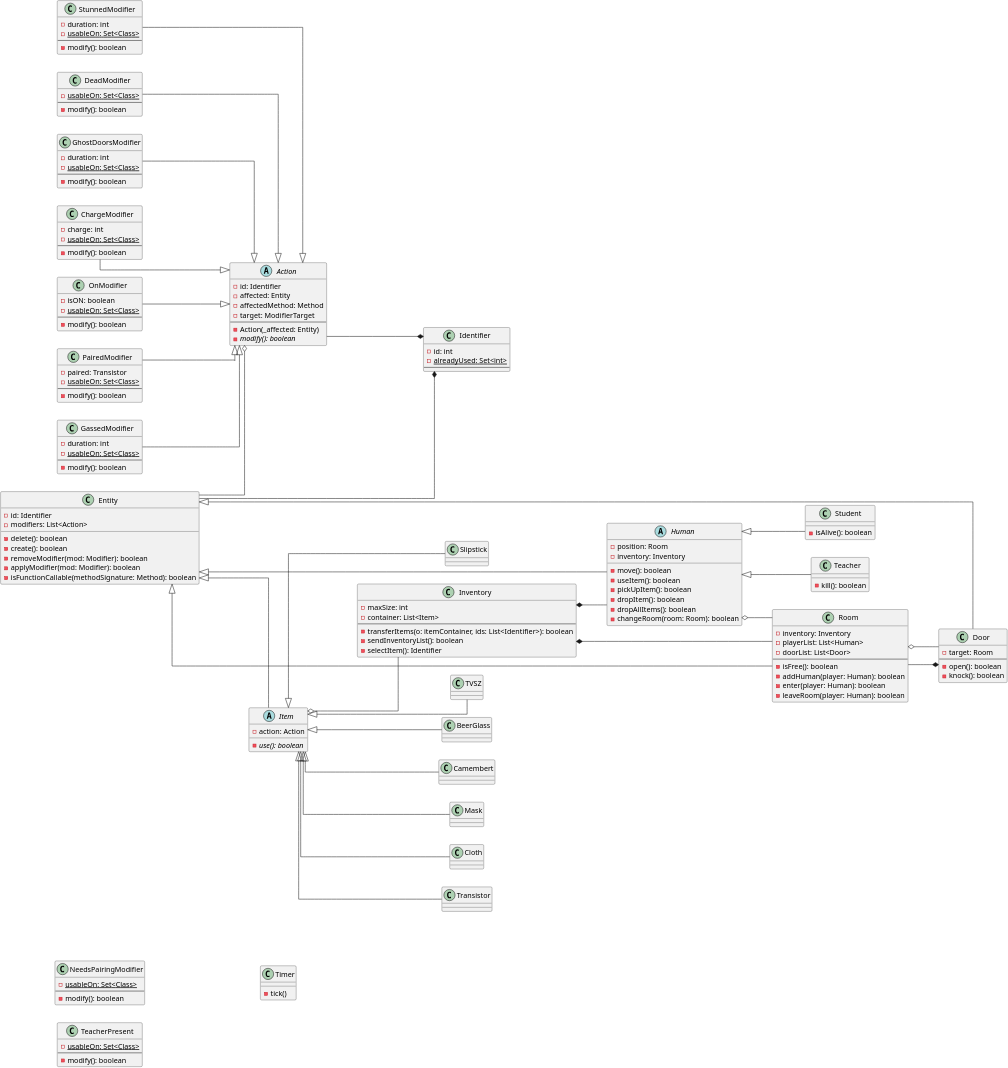
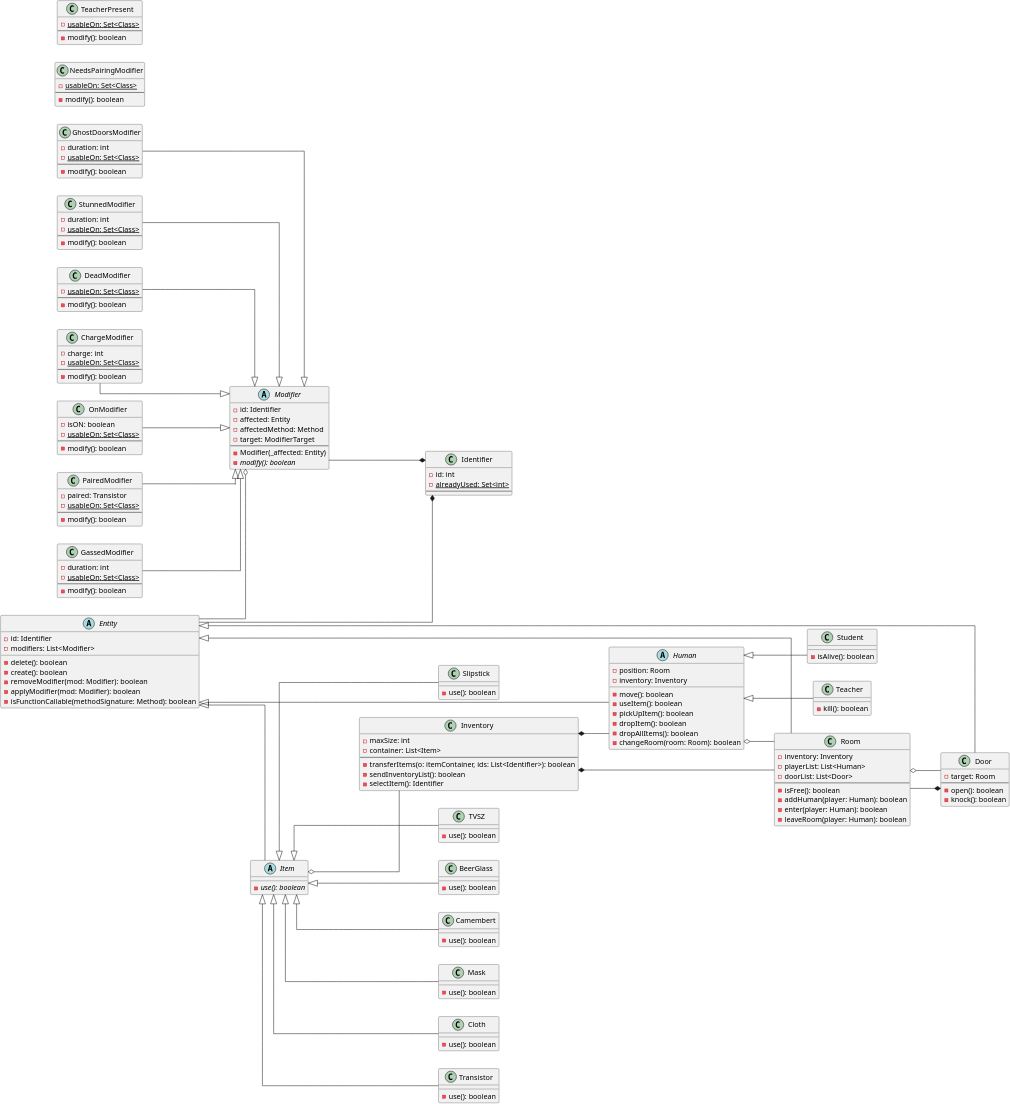
The diagram in resources/class_diagram/basic.puml (MysticMazeEducators/.github), drawn with PlantUML before and after one commit.

Commit message:
Revert "basic changes"
This reverts commit 69eb1efecfac3a1f1ff5b6d18935dfe0f613def3.

```diff
--- a/resources/class_diagram/basic.puml
+++ b/resources/class_diagram/basic.puml
@@ -10,13 +10,13 @@
   --
 }
 
-abstract class Action{
+abstract class Modifier{
   -id: Identifier
   -affected: Entity
   -affectedMethod: Method
   -target: ModifierTarget
   --
-  -Action(_affected: Entity)
+  -Modifier(_affected: Entity)
   -modify(): boolean {abstract}
 }
 
@@ -84,9 +84,9 @@
   -modify(): boolean
 }
 
-class Entity{
+abstract class Entity{
   -id: Identifier
-  -modifiers: List<Action>
+  -modifiers: List<Modifier>
   __
   -delete(): boolean
   -create(): boolean
@@ -114,9 +114,35 @@
 }
 
 abstract class Item{
-  -action: Action
+  -use(): boolean {abstract}
+}
+class TVSZ{
   __
-  -use(): boolean {abstract}
+  -use(): boolean
+}
+class BeerGlass{
+  __
+  -use(): boolean
+}
+class Camembert{
+  __
+  -use(): boolean
+}
+class Mask{
+  __
+  -use(): boolean
+}
+class Cloth{
+  __
+  -use(): boolean
+}
+class Transistor{
+  __
+  -use(): boolean
+}
+class Slipstick{
+  __
+  -use(): boolean
 }
 class Door{
   -target: Room
@@ -142,21 +168,18 @@
   -sendInventoryList(): boolean
   -selectItem(): Identifier
 }
-class Timer{
-  -tick()
-}
 
-ChargeModifier --|> Action
-OnModifier --|> Action
-GassedModifier --|> Action
-GhostDoorsModifier --|> Action
-StunnedModifier --|> Action
-DeadModifier --|> Action
-PairedModifier --|> Action
+ChargeModifier --|> Modifier
+OnModifier --|> Modifier
+GassedModifier --|> Modifier
+GhostDoorsModifier --|> Modifier
+StunnedModifier --|> Modifier
+DeadModifier --|> Modifier
+PairedModifier --|> Modifier
 
-Action --* Identifier
+Modifier --* Identifier
 Entity --* Identifier
-Entity --o Action
+Entity --o Modifier
 Entity <|-- Human
 Entity <|-- Item
 Entity <|-- Room
```
